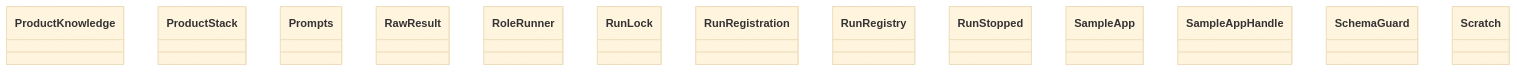
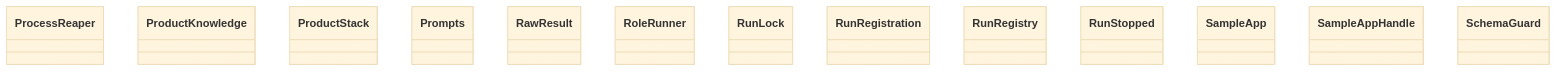
Before and after one commit to GonzaloZevallos/agentic-system: the diagram in docs/architecture/generated/classes-process-application-support-4.md, drawn with Mermaid (base theme). The commit also changed other lines of this file and 7 other files, not shown here.

Commit message:
Regenerate the architecture docs for the experiment port and the launch arm

````diff
--- a/docs/architecture/generated/classes-process-application-support-4.md
+++ b/docs/architecture/generated/classes-process-application-support-4.md
@@ -16,16 +16,16 @@
 ```mermaid
 classDiagram
+    class ports__ProcessReaper["ProcessReaper"]
     class ports__ProductKnowledge["ProductKnowledge"]
     class ports__ProductStack["ProductStack"]
     class ports__Prompts["Prompts"]
     class ports__RawResult["RawResult"]
     class ports__RoleRunner["RoleRunner"]
     class ports__RunLock["RunLock"]
     class ports__RunRegistration["RunRegistration"]
     class ports__RunRegistry["RunRegistry"]
     class ports__RunStopped["RunStopped"]
     class ports__SampleApp["SampleApp"]
     class ports__SampleAppHandle["SampleAppHandle"]
     class ports__SchemaGuard["SchemaGuard"]
-    class ports__Scratch["Scratch"]
 ```
````
